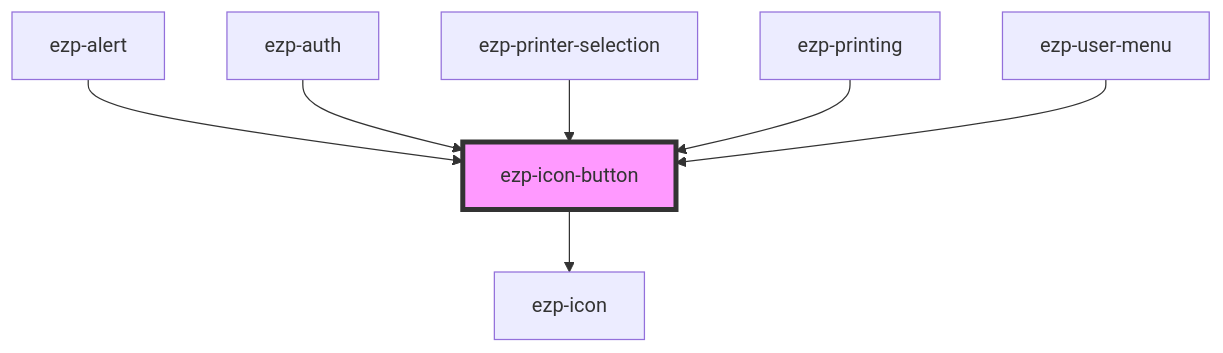
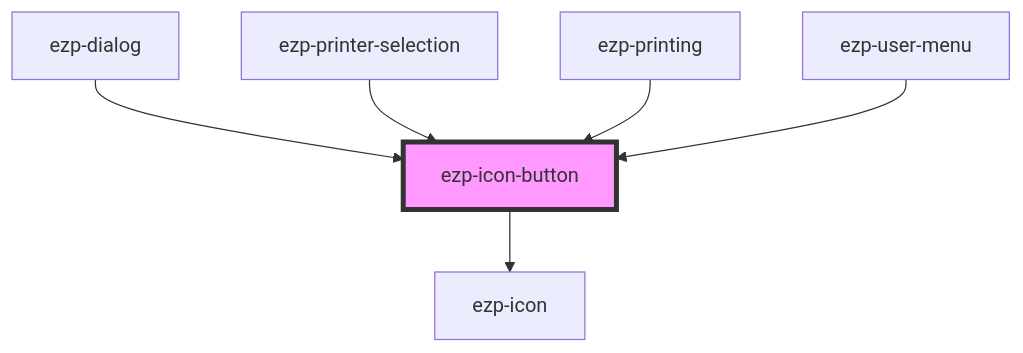
Before and after one commit to ezeep/ezeep-js: the diagram in src/components/ezp-icon-button/readme.md, drawn with Mermaid. The commit also changed other lines of this file and 20 other files, not shown here.

Commit message:
Introduce reusable dialog component; Refactor auth component

````diff
--- a/src/components/ezp-icon-button/readme.md
+++ b/src/components/ezp-icon-button/readme.md
@@ -32,10 +31,9 @@
 ```mermaid
 graph TD;
   ezp-icon-button --> ezp-icon
-  ezp-alert --> ezp-icon-button
-  ezp-auth --> ezp-icon-button
+  ezp-dialog --> ezp-icon-button
   ezp-printer-selection --> ezp-icon-button
   ezp-printing --> ezp-icon-button
   ezp-user-menu --> ezp-icon-button
   style ezp-icon-button fill:#f9f,stroke:#333,stroke-width:4px
 ```
````
